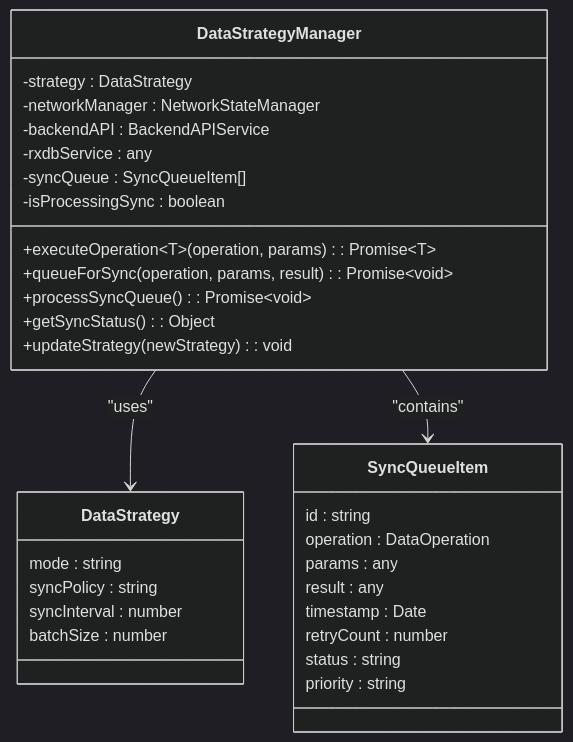
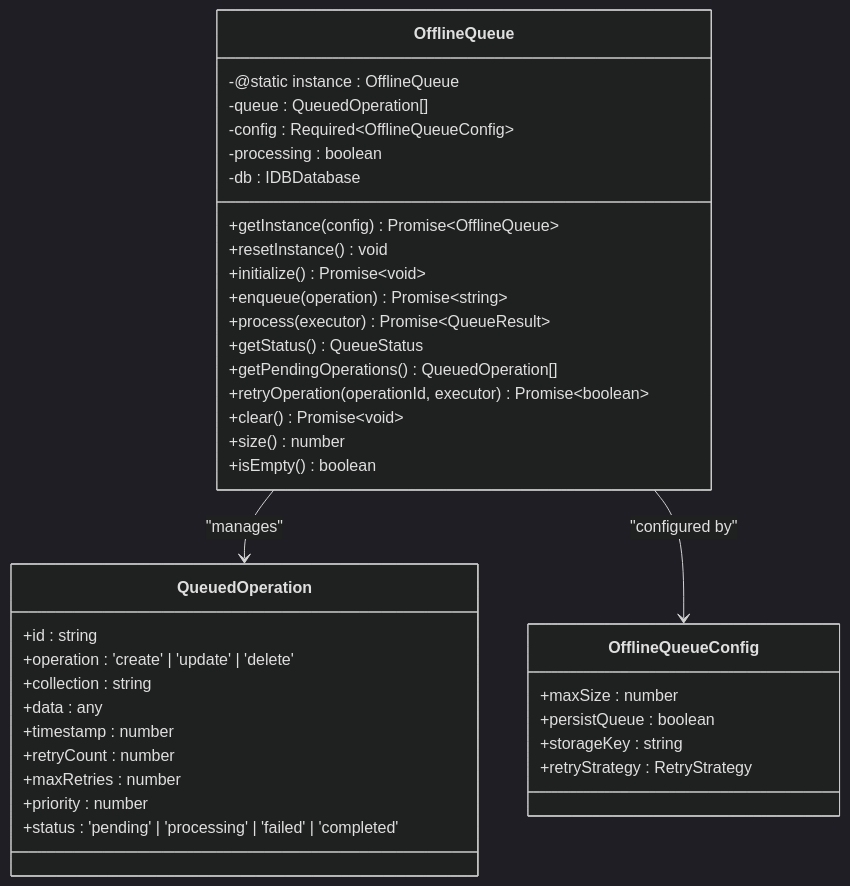
The fourth of 20 diagrams in .qoder/repowiki/en/content/Architecture Overview/Data Management Architecture/Data Synchronization Workflow/Data Synchronization Workflow.md (geniusdynamics/schoolpilot), drawn with Mermaid (dark theme) before and after one commit. The commit also changed other lines of this file and 8 other files, not shown here.

````diff
--- a/.qoder/repowiki/en/content/Architecture Overview/Data Management Architecture/Data Synchronization Workflow/Data Synchronization Workflow.md
+++ b/.qoder/repowiki/en/content/Architecture Overview/Data Management Architecture/Data Synchronization Workflow/Data Synchronization Workflow.md
@@ -116,34 +194,40 @@
 ```mermaid
 classDiagram
-class DataStrategyManager {
--strategy : DataStrategy
--networkManager : NetworkStateManager
--backendAPI : BackendAPIService
--rxdbService : any
--syncQueue : SyncQueueItem[]
--isProcessingSync : boolean
-+executeOperation~T~(operation, params) : Promise~T~
-+queueForSync(operation, params, result) : Promise~void~
-+processSyncQueue() : Promise~void~
-+getSyncStatus() : Object
-+updateStrategy(newStrategy) : void
+class OfflineQueue {
+-@static instance : OfflineQueue
+-queue : QueuedOperation[]
+-config : Required~OfflineQueueConfig~
+-processing : boolean
+-db : IDBDatabase
++getInstance(config) Promise~OfflineQueue~
++resetInstance() void
++initialize() Promise~void~
++enqueue(operation) Promise~string~
++process(executor) Promise~QueueResult~
++getStatus() QueueStatus
++getPendingOperations() QueuedOperation[]
++retryOperation(operationId, executor) Promise~boolean~
++clear() Promise~void~
++size() number
++isEmpty() boolean
 }
-class DataStrategy {
-mode : string
-syncPolicy : string
-syncInterval : number
-batchSize : number
+class QueuedOperation {
++id : string
++operation : 'create' | 'update' | 'delete'
++collection : string
++data : any
++timestamp : number
++retryCount : number
++maxRetries : number
++priority : number
++status : 'pending' | 'processing' | 'failed' | 'completed'
 }
-class SyncQueueItem {
-id : string
-operation : DataOperation
-params : any
-result : any
-timestamp : Date
-retryCount : number
-status : string
-priority : string
+class OfflineQueueConfig {
++maxSize : number
++persistQueue : boolean
++storageKey : string
++retryStrategy : RetryStrategy
 }
-DataStrategyManager --> DataStrategy : "uses"
-DataStrategyManager --> SyncQueueItem : "contains"
+OfflineQueue --> QueuedOperation : "manages"
+OfflineQueue --> OfflineQueueConfig : "configured by"
 ```
````
